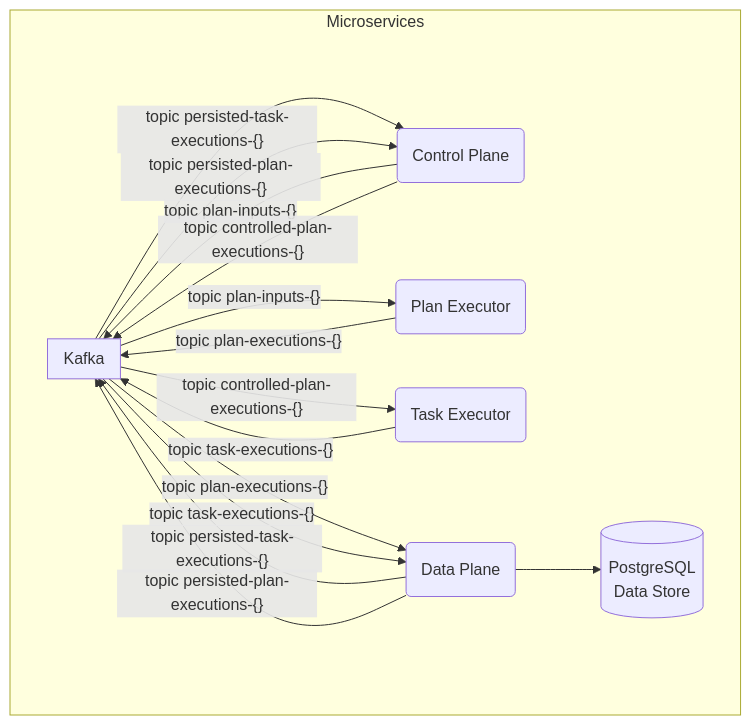
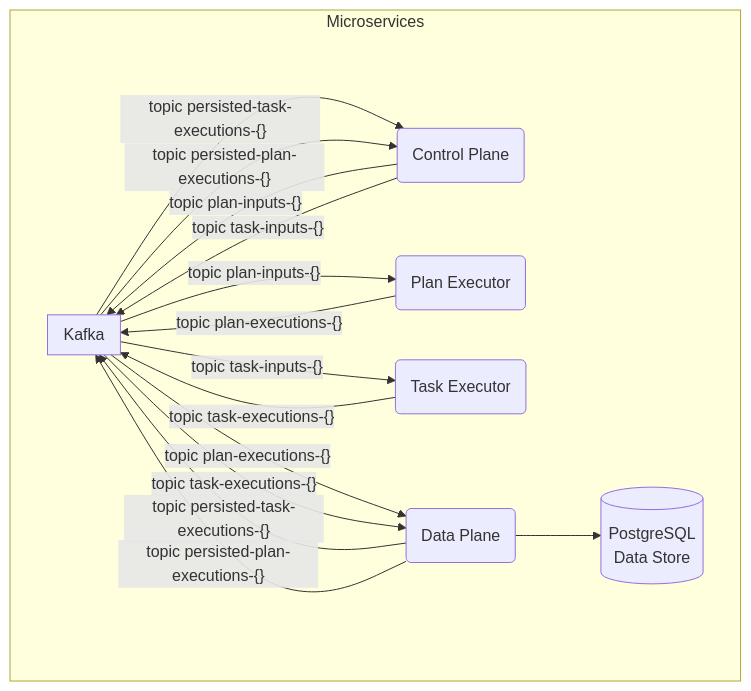
The first of 3 diagrams in docs/DataFlow.md (paul-callahan/scalable-agent-framework), drawn with Mermaid before and after one commit. The commit also changed other lines of this file and 16 other files, not shown here.

````diff
--- a/docs/DataFlow.md
+++ b/docs/DataFlow.md
@@ -26,38 +26,38 @@
 ```mermaid
 graph TB
 
     %% Main Services
     subgraph "Microservices"
         ControlPlane(Control Plane)
         DataPlane(Data Plane)
         PlanExecutor(Plan Executor)
         TaskExecutor(Task Executor)
 
         Kafka[Apache Kafka<br/>Message Broker]
         PostgreSQL[(PostgreSQL<br/>Data Store)]
     end
 
     subgraph "Kafka"
 
     end
     
     
     %% Service Connections
     Kafka -- "topic persisted-task-executions-{}" --> ControlPlane
     Kafka -- "topic persisted-plan-executions-{}" --> ControlPlane
     ControlPlane -- "topic plan-inputs-{}" --> Kafka
-    ControlPlane -- "topic controlled-plan-executions-{}" --> Kafka
+    ControlPlane -- "topic task-inputs-{}" --> Kafka
 
     Kafka -- "topic plan-inputs-{}" --> PlanExecutor
     PlanExecutor -- "topic plan-executions-{}" --> Kafka
 
-    Kafka -- "topic controlled-plan-executions-{}" --> TaskExecutor
+    Kafka -- "topic task-inputs-{}" --> TaskExecutor
     TaskExecutor -- "topic task-executions-{}" --> Kafka
 
     Kafka -- "topic plan-executions-{}" --> DataPlane
     Kafka -- "topic task-executions-{}" --> DataPlane
     DataPlane -- "topic persisted-task-executions-{}" --> Kafka
     DataPlane -- "topic persisted-plan-executions-{}" --> Kafka
 
     DataPlane --> PostgreSQL
 ```
````
